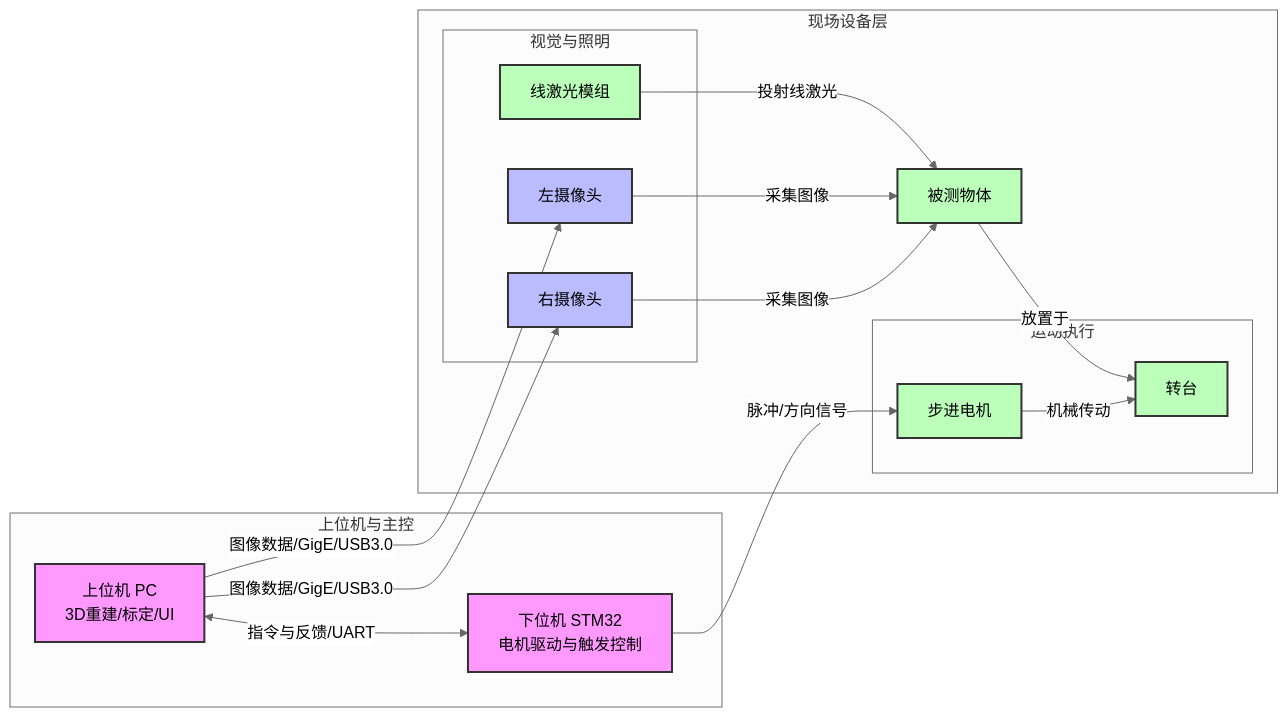
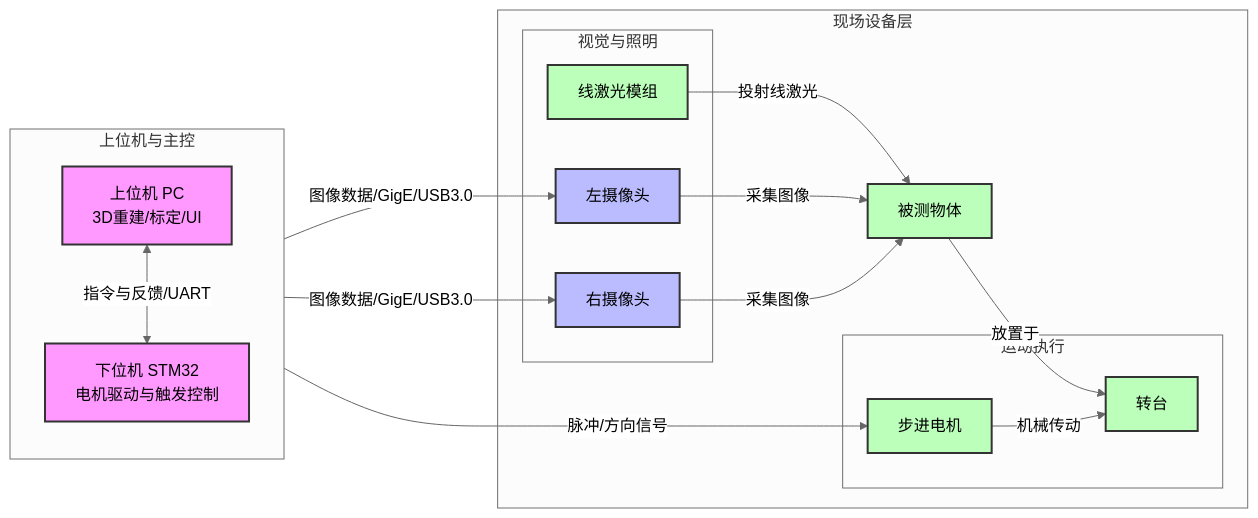
One commit to Entzauberung-X/3D-reconstruction changed the first of 2 diagrams in README.md. Above: the diagram before and after it, drawn with Mermaid (neutral theme).

````diff
--- a/README.md
+++ b/README.md
@@ -11,41 +11,42 @@
 ```mermaid
 flowchart LR
     %% 样式定义
     classDef control fill:#f9f,stroke:#333,stroke-width:2px;
     classDef data fill:#bbf,stroke:#333,stroke-width:2px;
     classDef physics fill:#bfb,stroke:#333,stroke-width:2px;
     classDef sync fill:#ffb,stroke:#333,stroke-width:2px;
 
     subgraph Host[上位机与主控]
+        direction TB  %% 关键修改：强制 PC 和 MCU 上下排布
         PC[上位机 PC<br>3D重建/标定/UI]:::control
         MCU[下位机 STM32<br>电机驱动与触发控制]:::control
     end
 
     subgraph Field[现场设备层]
         subgraph Vision[视觉与照明]
             LC[左摄像头]:::data
             RC[右摄像头]:::data
             LL[线激光模组]:::physics
         end
         subgraph Motion[运动执行]
             SM[步进电机]:::physics
             TT[转台]:::physics
         end
         OBJ[被测物体]:::physics
     end
 
     %% 物理关系
     OBJ -->|放置于| TT
     LL -->|投射线激光| OBJ
     LC -->|采集图像| OBJ
     RC -->|采集图像| OBJ
 
-    %% 数据流
+    %% 数据流（PC 在上，向右上引出至摄像头）
     PC -->|图像数据/GigE/USB3.0| LC
     PC -->|图像数据/GigE/USB3.0| RC
 
-    %% 控制流
+    %% 控制流（PC 与 MCU 垂直连接，MCU 在下方向右引出至电机）
     PC <-->|指令与反馈/UART| MCU
     MCU -->|脉冲/方向信号| SM
     SM -->|机械传动| TT
 ```
````
